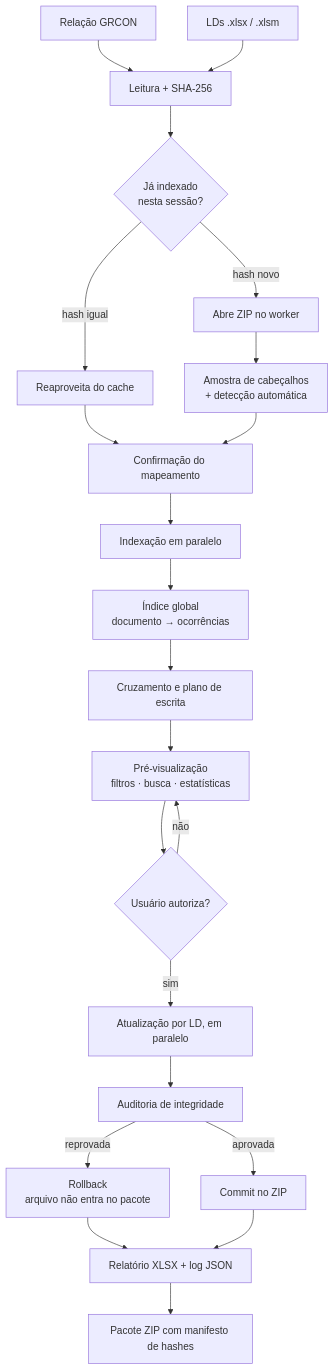
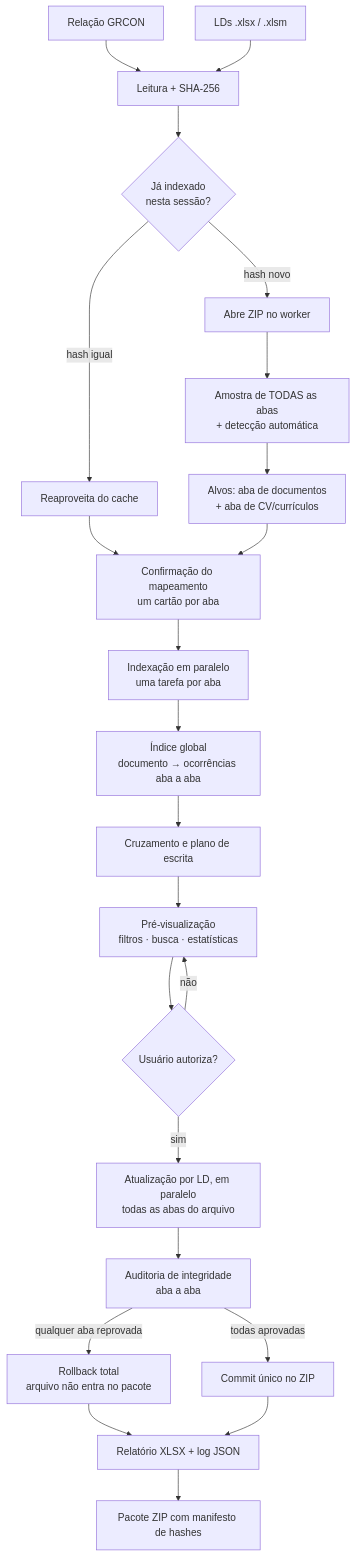
One commit to dw-glitch/Vincula changed the first of 2 diagrams in docs/FLUXO.md. Above: the diagram before and after it, drawn with Mermaid. The commit also changed other lines of this file and 17 other files, not shown here.

````diff
--- a/docs/FLUXO.md
+++ b/docs/FLUXO.md
@@ -5,24 +5,25 @@
 ```mermaid
 flowchart TD
     A[Relação GRCON] --> B[Leitura + SHA-256]
     A2[LDs .xlsx / .xlsm] --> B
     B --> C{Já indexado<br/>nesta sessão?}
     C -->|hash igual| C1[Reaproveita do cache]
     C -->|hash novo| D[Abre ZIP no worker]
-    D --> E[Amostra de cabeçalhos<br/>+ detecção automática]
+    D --> E[Amostra de TODAS as abas<br/>+ detecção automática]
     C1 --> F
-    E --> F[Confirmação do mapeamento]
-    F --> G[Indexação em paralelo]
-    G --> H[Índice global<br/>documento → ocorrências]
+    E --> E2[Alvos: aba de documentos<br/>+ aba de CV/currículos]
+    E2 --> F[Confirmação do mapeamento<br/>um cartão por aba]
+    F --> G[Indexação em paralelo<br/>uma tarefa por aba]
+    G --> H[Índice global<br/>documento → ocorrências aba a aba]
     H --> I[Cruzamento e plano de escrita]
     I --> J[Pré-visualização<br/>filtros · busca · estatísticas]
     J --> K{Usuário autoriza?}
     K -->|não| J
-    K -->|sim| L[Atualização por LD, em paralelo]
-    L --> M[Auditoria de integridade]
-    M -->|reprovada| N[Rollback<br/>arquivo não entra no pacote]
-    M -->|aprovada| O[Commit no ZIP]
+    K -->|sim| L[Atualização por LD, em paralelo<br/>todas as abas do arquivo]
+    L --> M[Auditoria de integridade<br/>aba a aba]
+    M -->|qualquer aba reprovada| N[Rollback total<br/>arquivo não entra no pacote]
+    M -->|todas aprovadas| O[Commit único no ZIP]
     N --> P
     O --> P[Relatório XLSX + log JSON]
     P --> Q[Pacote ZIP com manifesto de hashes]
 ```
````
